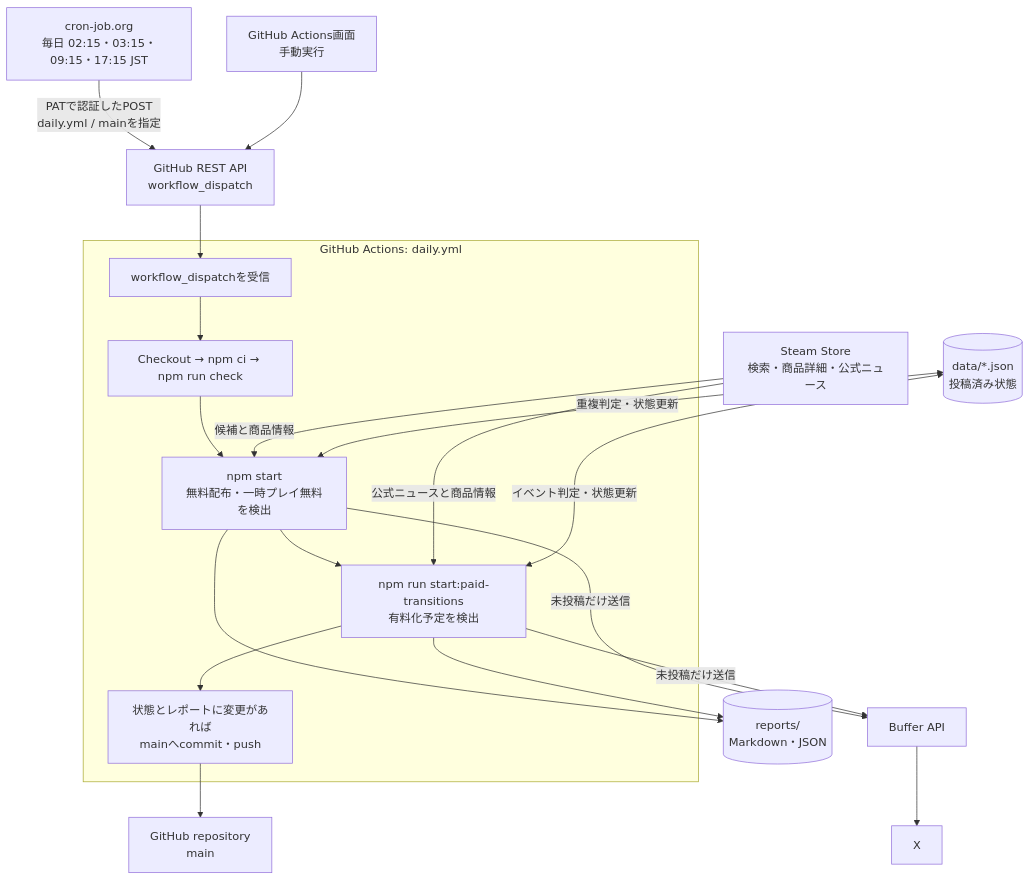
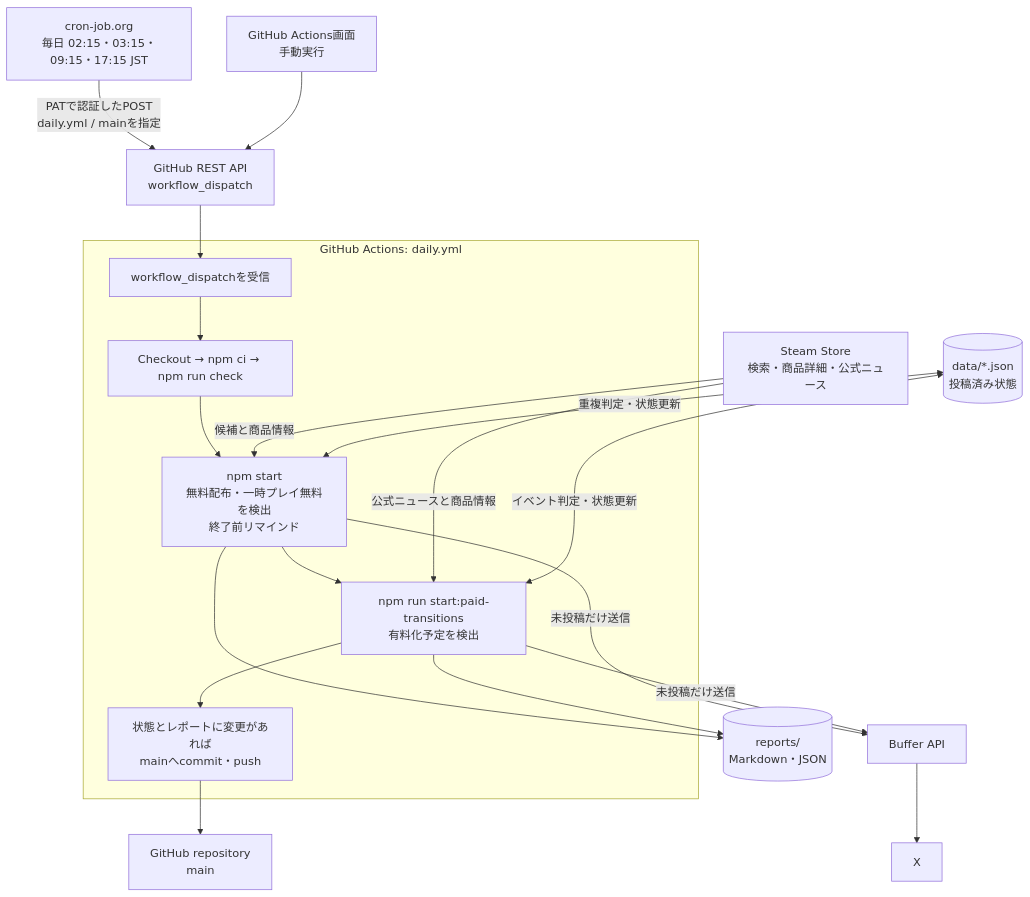
One commit to tomlle/free-to-keep-game-radar changed the diagram in README.md. Above: the diagram before and after it, drawn with Mermaid. The commit also changed other lines of this file and 11 other files, not shown here.

````diff
--- a/README.md
+++ b/README.md
@@ -15,39 +15,39 @@
 ```mermaid
 flowchart TD
     Cron["cron-job.org<br/>毎日 02:15・03:15・09:15・17:15 JST"]
     Manual["GitHub Actions画面<br/>手動実行"]
     API["GitHub REST API<br/>workflow_dispatch"]
 
     Cron -->|"PATで認証したPOST<br/>daily.yml / mainを指定"| API
     Manual --> API
 
     subgraph Actions["GitHub Actions: daily.yml"]
         Workflow["workflow_dispatchを受信"]
         Prepare["Checkout → npm ci → npm run check"]
-        Promotions["npm start<br/>無料配布・一時プレイ無料を検出"]
+        Promotions["npm start<br/>無料配布・一時プレイ無料を検出<br/>終了前リマインド"]
         Paid["npm run start:paid-transitions<br/>有料化予定を検出"]
         Commit["状態とレポートに変更があれば<br/>mainへcommit・push"]
 
         Workflow --> Prepare --> Promotions --> Paid --> Commit
     end
 
     API --> Workflow
 
     Steam["Steam Store<br/>検索・商品詳細・公式ニュース"]
     State[("data/*.json<br/>投稿済み状態")]
     Reports[("reports/<br/>Markdown・JSON")]
     Buffer["Buffer API"]
     X["X"]
     Repository["GitHub repository<br/>main"]
 
     Steam -->|"候補と商品情報"| Promotions
     Steam -->|"公式ニュースと商品情報"| Paid
     State <-->|"重複判定・状態更新"| Promotions
     State <-->|"イベント判定・状態更新"| Paid
     Promotions -->|"未投稿だけ送信"| Buffer
     Paid -->|"未投稿だけ送信"| Buffer
     Buffer --> X
     Promotions --> Reports
     Paid --> Reports
     Commit --> Repository
 ```
````
